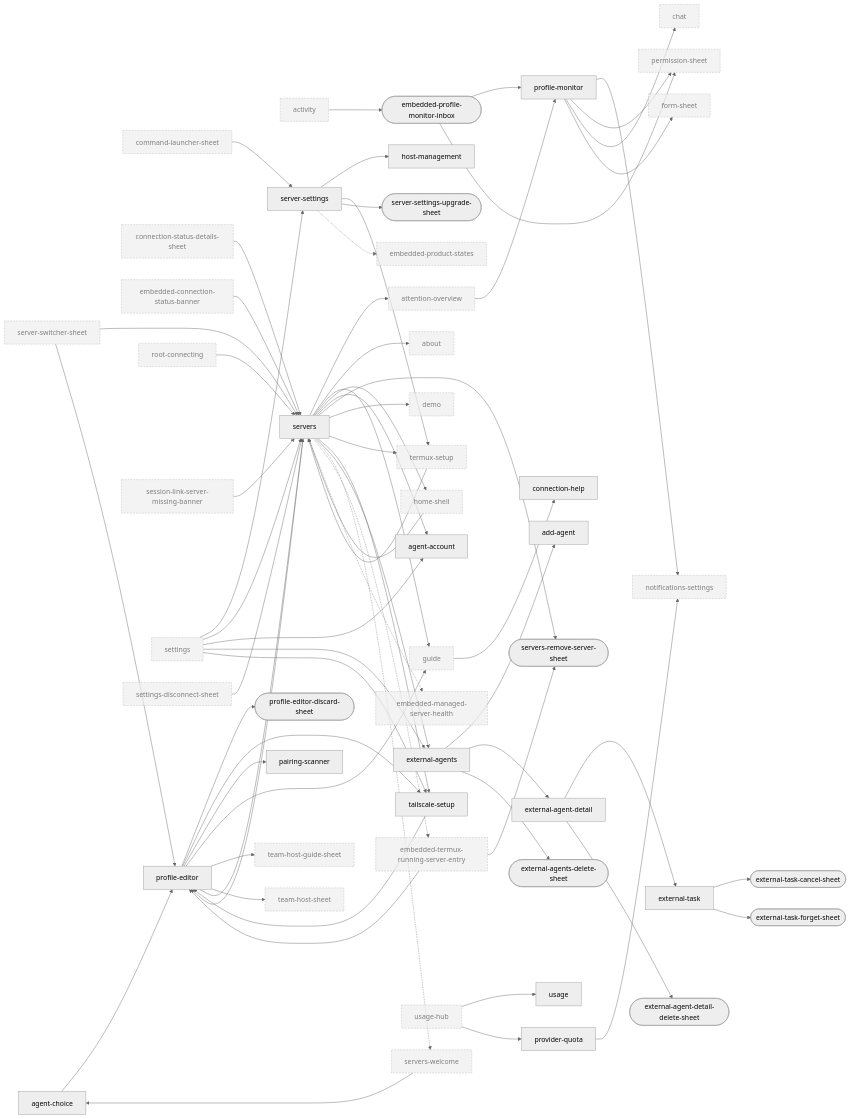
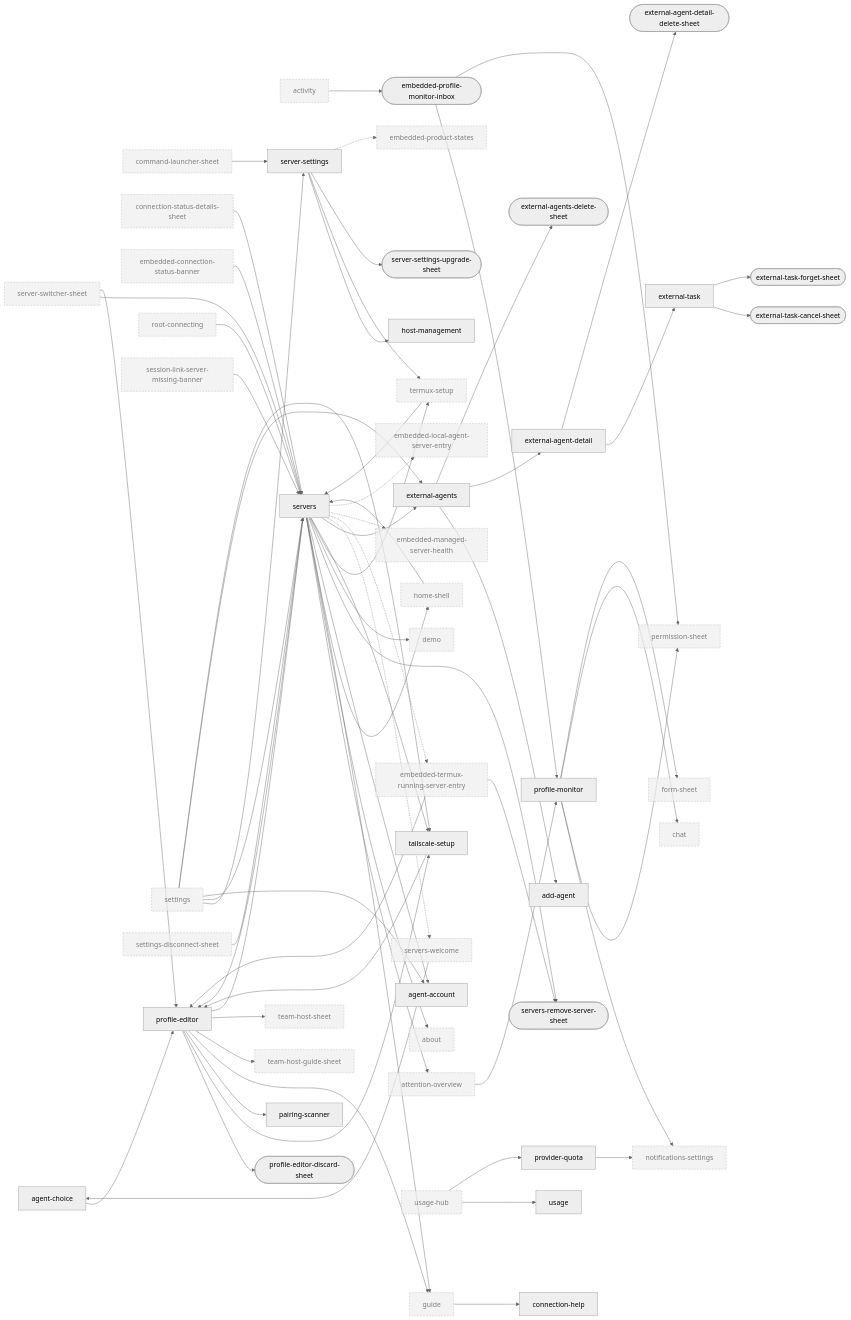
Before and after one commit to Breskott/opencode-mobile-next: the fifth of 10 diagrams in docs/design/ui-ledger/navigation.md, drawn with Mermaid (neutral theme). The commit also changed other lines of this file and 6 other files, not shown here.

````diff
--- a/docs/design/ui-ledger/navigation.md
+++ b/docs/design/ui-ledger/navigation.md
@@ -682,6 +684,7 @@
   connection_status_details_sheet["connection-status-details-sheet"]:::ext
   demo["demo"]:::ext
   embedded_connection_status_banner["embedded-connection-status-banner"]:::ext
+  embedded_local_agent_server_entry["embedded-local-agent-server-entry"]:::ext
   embedded_managed_server_health["embedded-managed-server-health"]:::ext
   embedded_product_states["embedded-product-states"]:::ext
   embedded_profile_monitor_inbox(["embedded-profile-monitor-inbox"])
@@ -784,5 +787,6 @@
   activity --> embedded_profile_monitor_inbox
   servers -.-> embedded_termux_running_server_entry
   servers -.-> embedded_managed_server_health
+  servers -.-> embedded_local_agent_server_entry
   classDef ext stroke-dasharray: 4 3,opacity:0.7
 ```
````
